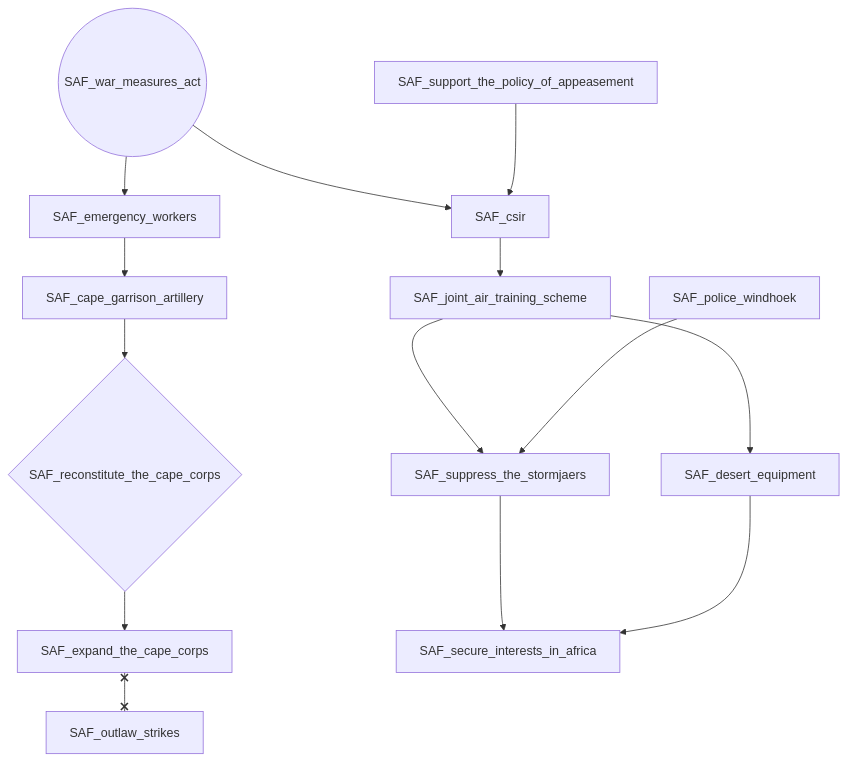
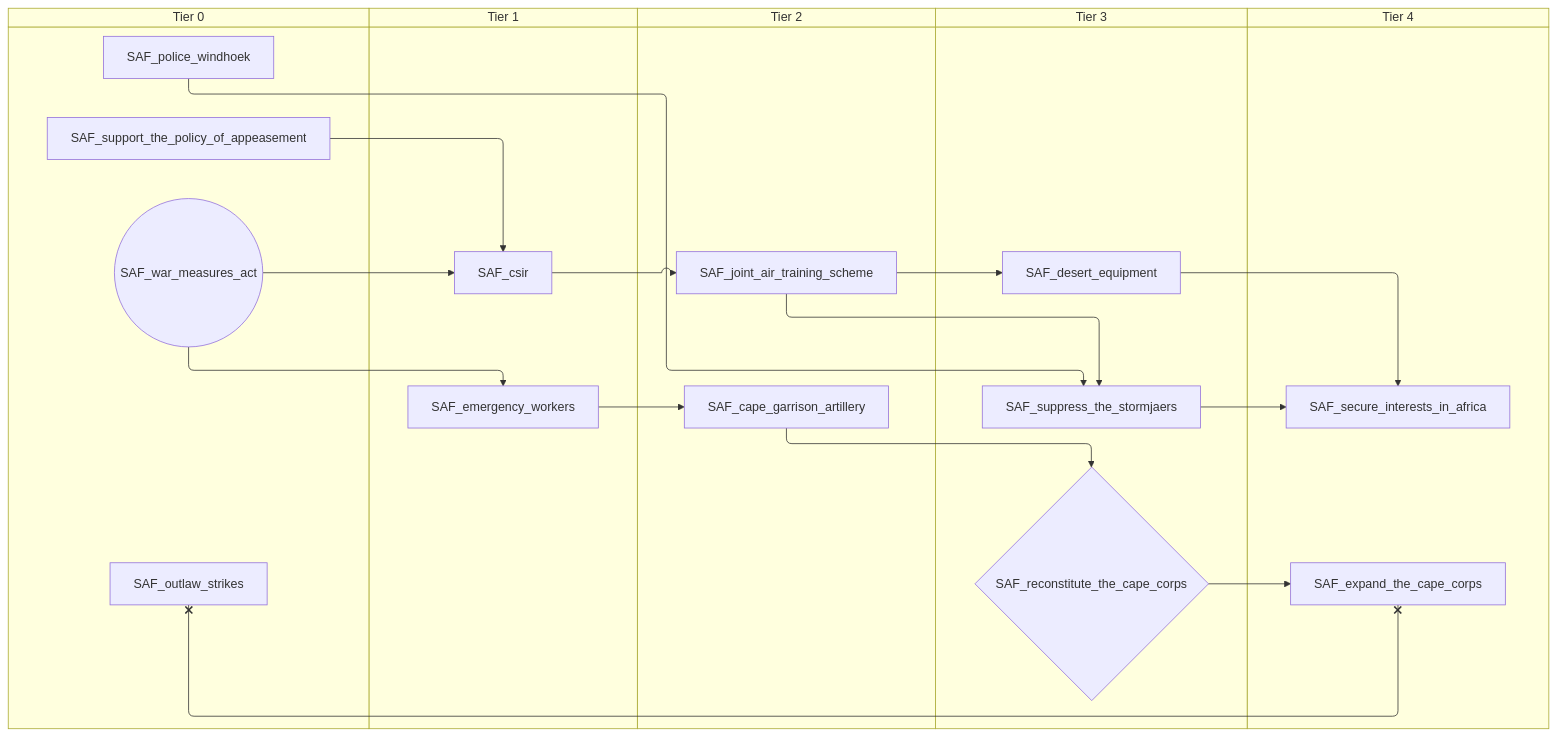
One commit to evgeny-sobol/hoi4-sandbox-mode changed the seventh of 7 diagrams in docs/gdd/National Focuses/south_africa.md. Above: the diagram before and after it, drawn with Mermaid. The commit also changed other lines of this file and 80 other files, not shown here.

First line of the commit message:
Add swimlane mode to focus graph exporter

````diff
--- a/docs/gdd/National Focuses/south_africa.md
+++ b/docs/gdd/National Focuses/south_africa.md
@@ -237,29 +313,39 @@
 ```mermaid
-flowchart TD
-    n78["SAF_cape_garrison_artillery"]
-    n72["SAF_csir"]
-    n73["SAF_desert_equipment"]
-    n79["SAF_emergency_workers"]
-    n11["SAF_expand_the_cape_corps"]
-    n74["SAF_joint_air_training_scheme"]
-    n19["SAF_outlaw_strikes"]
-    n20["SAF_police_windhoek"]
-    n80{"SAF_reconstitute_the_cape_corps"}
-    n75["SAF_secure_interests_in_africa"]
-    n31["SAF_support_the_policy_of_appeasement"]
-    n76["SAF_suppress_the_stormjaers"]
-    n77(("SAF_war_measures_act"))
-    n79 --> n78
-    n77 --> n72
-    n31 --> n72
-    n74 --> n73
-    n77 --> n79
-    n80 --> n11
-    n72 --> n74
-    n78 --> n80
-    n76 --> n75
-    n73 --> n75
+swimlane-beta TD
+    subgraph tier_0["Tier 0"]
+        n21["SAF_outlaw_strikes"]
+        n3["SAF_police_windhoek"]
+        n4["SAF_support_the_policy_of_appeasement"]
+        n72(("SAF_war_measures_act"))
+    end
+    subgraph tier_1["Tier 1"]
+        n73["SAF_csir"]
+        n78["SAF_emergency_workers"]
+    end
+    subgraph tier_2["Tier 2"]
+        n79["SAF_cape_garrison_artillery"]
+        n74["SAF_joint_air_training_scheme"]
+    end
+    subgraph tier_3["Tier 3"]
+        n75["SAF_desert_equipment"]
+        n80{"SAF_reconstitute_the_cape_corps"}
+        n76["SAF_suppress_the_stormjaers"]
+    end
+    subgraph tier_4["Tier 4"]
+        n2["SAF_expand_the_cape_corps"]
+        n77["SAF_secure_interests_in_africa"]
+    end
+    n78 --> n79
+    n72 --> n73
+    n4 --> n73
+    n74 --> n75
+    n72 --> n78
+    n80 --> n2
+    n73 --> n74
+    n79 --> n80
+    n76 --> n77
+    n75 --> n77
     n74 --> n76
-    n20 --> n76
-    n11 x--x n19
+    n3 --> n76
+    n2 x--x n21
 ```
````
